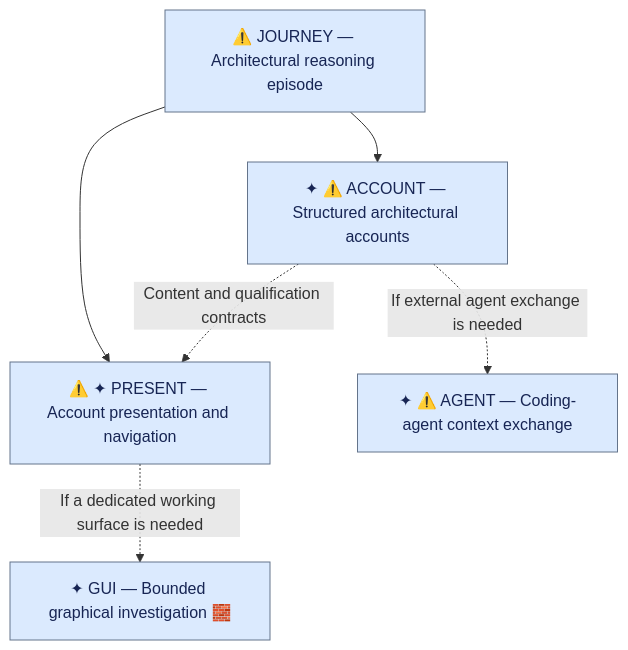
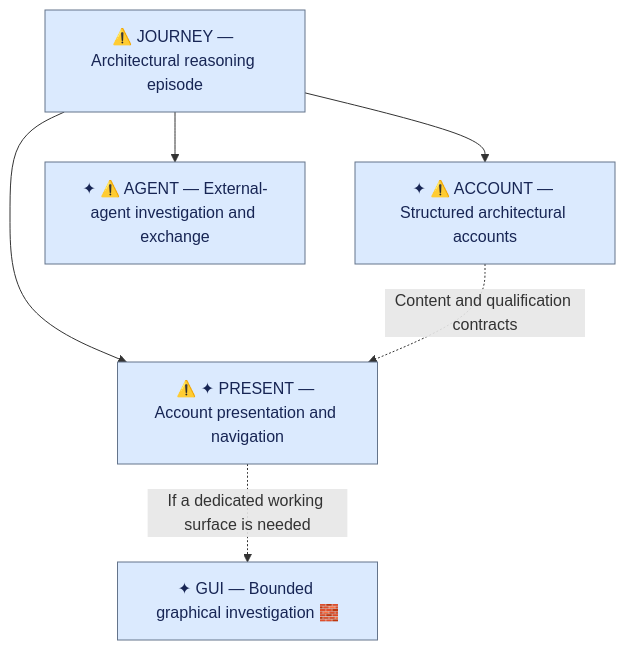
The diagram in notes/upcoming-work.md (ronen/postcode), drawn with Mermaid before and after one commit. The commit also changed other lines of this file, not shown here.

Commit message:
Align upcoming work with specialized investigation role

````diff
--- a/notes/upcoming-work.md
+++ b/notes/upcoming-work.md
@@ -69,10 +70,10 @@
 ```mermaid
 flowchart TD
     JOURNEY["⚠️ JOURNEY — Architectural reasoning episode"] --> ACCOUNT["✦ ⚠️ ACCOUNT — Structured architectural accounts"]
     JOURNEY --> PRESENT["⚠️ ✦ PRESENT — Account presentation and navigation"]
+    JOURNEY --> AGENT["✦ ⚠️ AGENT — External-agent investigation and exchange"]
     ACCOUNT -. Content and qualification contracts .-> PRESENT
     PRESENT -. If a dedicated working surface is needed .-> GUI["✦ GUI — Bounded graphical investigation 🧱"]
-    ACCOUNT -. If external agent exchange is needed .-> AGENT["✦ ⚠️ AGENT — Coding-agent context exchange"]
 
     classDef default fill:#dbeafe,stroke:#64748b,color:#172554
 ```
````
